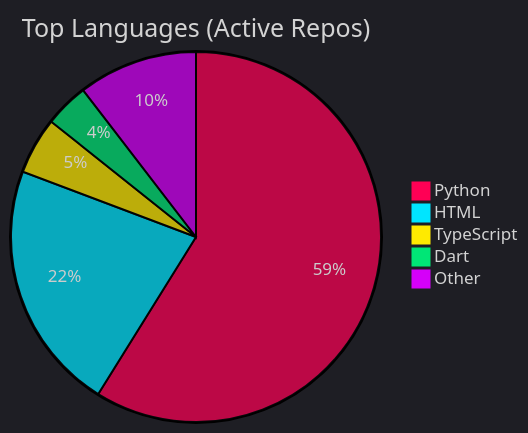
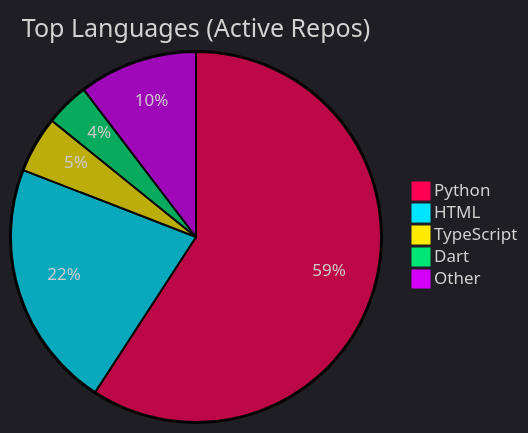
One commit to Nzettodess/Nzettodess changed the diagram in README.md. Above: the diagram before and after it, drawn with Mermaid. The commit also changed other lines of this file, not shown here.

Commit message:
Update recent activity [skip ci]

````diff
--- a/README.md
+++ b/README.md
@@ -35,9 +35,9 @@
 ```mermaid
 %%{init: {'theme': 'dark', 'themeVariables': { 'pie1': '#FF0055', 'pie2': '#00E5FF', 'pie3': '#FFEA00', 'pie4': '#00E676', 'pie5': '#D500F9' }}}%%
 pie title Top Languages (Active Repos)
-    "Python" : 58.86
-    "HTML" : 21.88
-    "TypeScript" : 4.97
-    "Dart" : 3.86
-    "Other" : 10.43
+    "Python" : 59.17
+    "HTML" : 21.71
+    "TypeScript" : 4.93
+    "Dart" : 3.83
+    "Other" : 10.36
 ```
````
